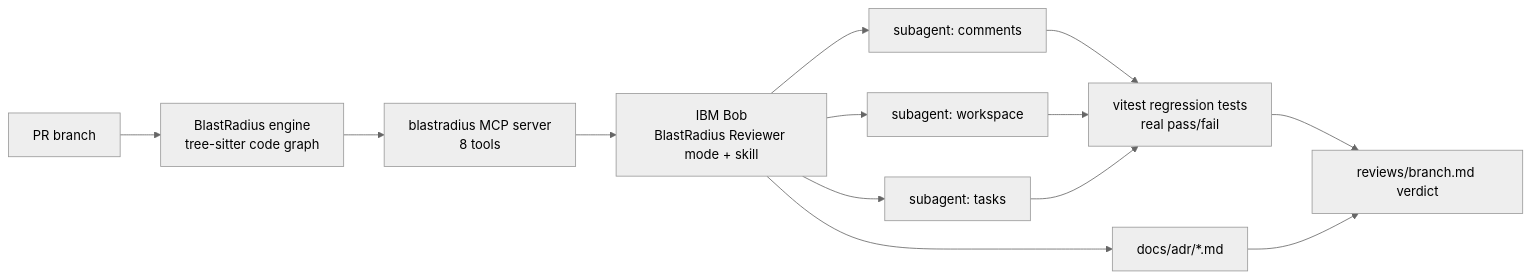
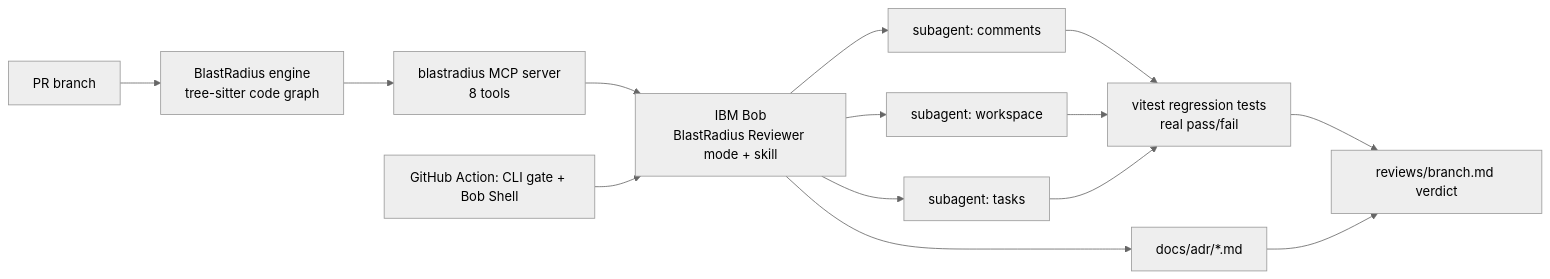
One commit to Prashant-thakur77/Blast-Radius changed the diagram in README.md. Above: the diagram before and after it, drawn with Mermaid (neutral theme). The commit also changed other lines of this file and 1 other file, not shown here.

Commit message:
Rewrite README around the recorded Bob session, evidence and results

````diff
--- a/README.md
+++ b/README.md
@@ -23,13 +66,14 @@
 ```mermaid
 flowchart LR
   PR[PR branch] --> ENG[BlastRadius engine<br/>tree-sitter code graph]
   ENG --> MCP[blastradius MCP server<br/>8 tools]
   MCP --> MODE[IBM Bob<br/>BlastRadius Reviewer mode + skill]
   MODE --> S1[subagent: comments]
   MODE --> S2[subagent: workspace]
   MODE --> S3[subagent: tasks]
   S1 & S2 & S3 --> T[vitest regression tests<br/>real pass/fail]
   MODE --> ADR[docs/adr/*.md]
   T --> V[reviews/branch.md verdict]
   ADR --> V
+  CI[GitHub Action: CLI gate + Bob Shell] --> MODE
 ```
````
